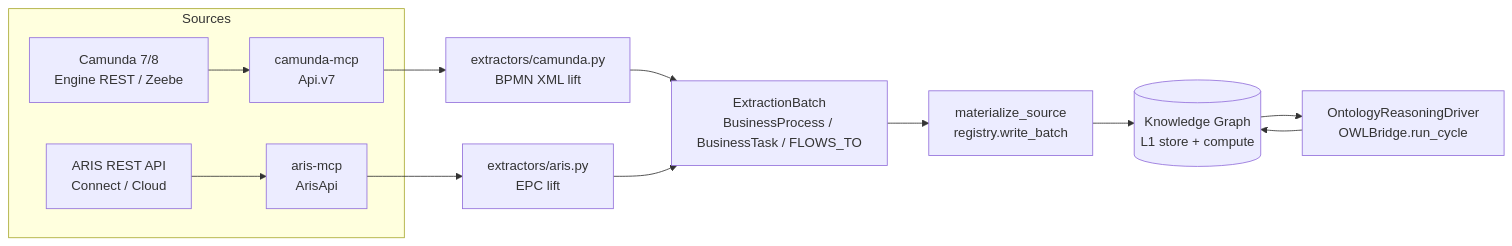
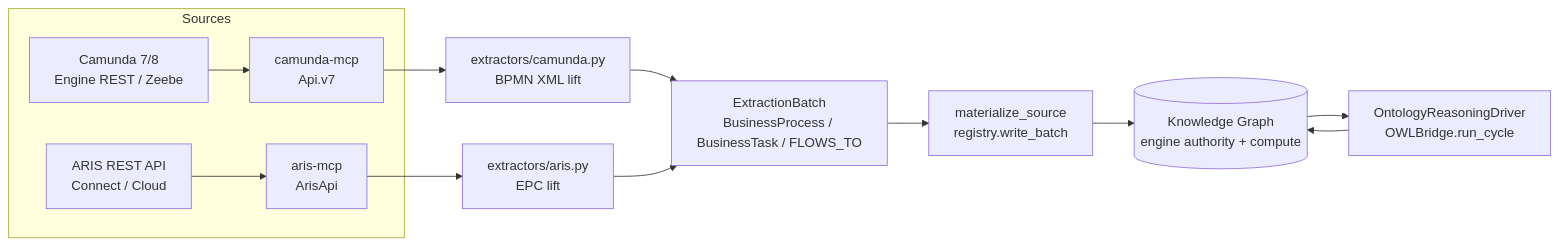
One commit to Knuckles-Team/agent-utilities changed the first of 2 diagrams in docs/architecture/camunda_aris_kg_integration.md. Above: the diagram before and after it, drawn with Mermaid. The commit also changed 29 other files, not shown here.

````diff
--- a/docs/architecture/camunda_aris_kg_integration.md
+++ b/docs/architecture/camunda_aris_kg_integration.md
@@ -38,15 +38,15 @@
 ```mermaid
 flowchart LR
     subgraph Sources
       C[Camunda 7/8\nEngine REST / Zeebe] --> CM[camunda-mcp\nApi.v7]
       A[ARIS REST API\nConnect / Cloud] --> AM[aris-mcp\nArisApi]
     end
     CM --> CE[extractors/camunda.py\nBPMN XML lift]
     AM --> AE[extractors/aris.py\nEPC lift]
     CE --> B[ExtractionBatch\nBusinessProcess / BusinessTask / FLOWS_TO]
     AE --> B
     B --> MS[materialize_source\nregistry.write_batch]
-    MS --> KG[(Knowledge Graph\nL1 store + compute)]
+    MS --> KG[(Knowledge Graph\nengine authority + compute)]
     KG --> RD[OntologyReasoningDriver\nOWLBridge.run_cycle]
     RD --> KG
 ```
````
